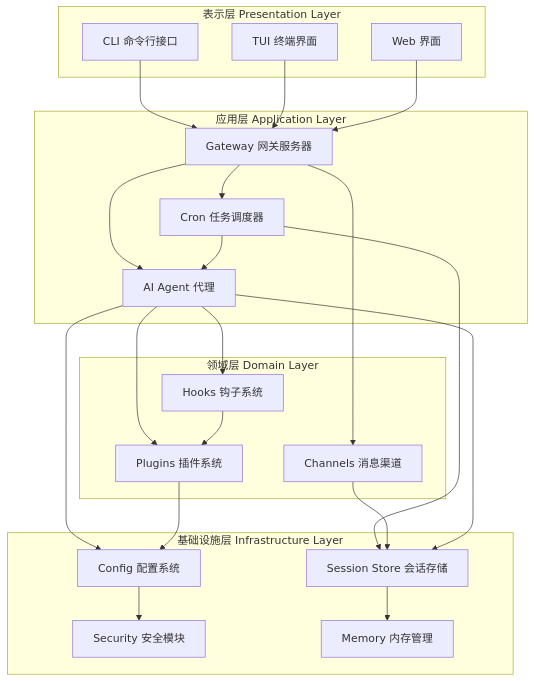
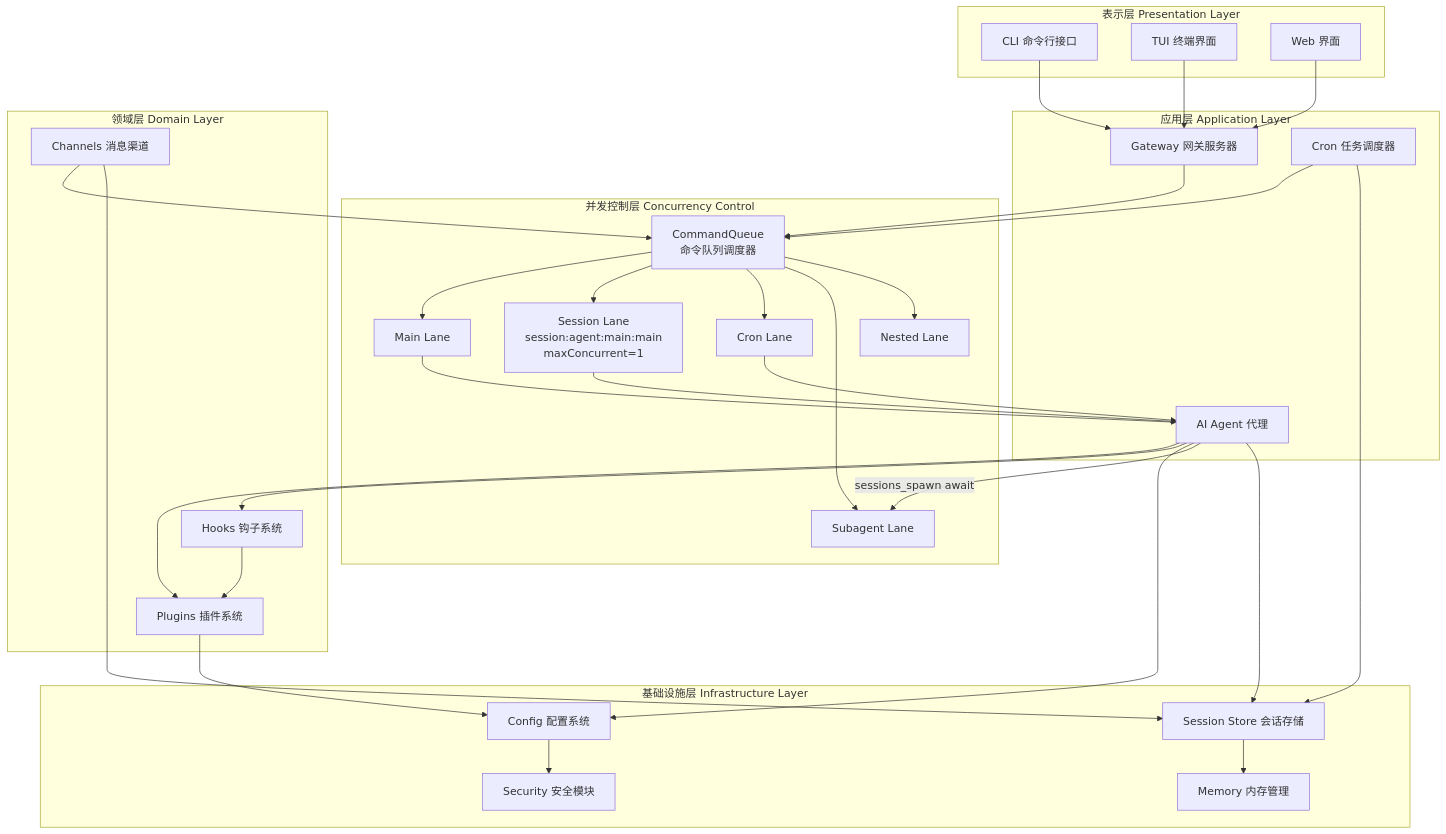
Before and after one commit to winfyliu/openclaw: the first of 17 diagrams in docs/ARCHITECTURE.md, drawn with Mermaid. The commit also changed other lines of this file and 12 other files, not shown here.

````diff
--- a/docs/ARCHITECTURE.md
+++ b/docs/ARCHITECTURE.md
@@ -447,51 +524,71 @@
 ```mermaid
 graph TB
     subgraph "表示层 Presentation Layer"
         CLI[CLI 命令行接口]
         TUI[TUI 终端界面]
         WEB[Web 界面]
     end
     
     subgraph "应用层 Application Layer"
         GW[Gateway 网关服务器]
         AGENT[AI Agent 代理]
         CRON[Cron 任务调度器]
+    end
+    
+    subgraph "并发控制层 Concurrency Control"
+        LANE_MAIN[Main Lane]
+        LANE_SESSION[Session Lane<br/>session:agent:main:main<br/>maxConcurrent=1]
+        LANE_CRON[Cron Lane]
+        LANE_SUB[Subagent Lane]
+        LANE_NESTED[Nested Lane]
+        CQ[CommandQueue<br/>命令队列调度器]
     end
     
     subgraph "领域层 Domain Layer"
         CH[Channels 消息渠道]
         PL[Plugins 插件系统]
         HK[Hooks 钩子系统]
     end
     
     subgraph "基础设施层 Infrastructure Layer"
         CFG[Config 配置系统]
         STORE[Session Store 会话存储]
         SEC[Security 安全模块]
         MEM[Memory 内存管理]
     end
     
     CLI --> GW
     TUI --> GW
     WEB --> GW
     
-    GW --> AGENT
-    GW --> CRON
-    GW --> CH
+    GW --> CQ
+    CH --> CQ
+    CRON --> CQ
+    
+    CQ --> LANE_MAIN
+    CQ --> LANE_SESSION
+    CQ --> LANE_CRON
+    CQ --> LANE_SUB
+    CQ --> LANE_NESTED
+    
+    LANE_SESSION --> AGENT
+    LANE_CRON --> AGENT
+    LANE_MAIN --> AGENT
     
     AGENT --> PL
     AGENT --> HK
     AGENT --> CFG
     
-    CRON --> AGENT
+    AGENT -->|sessions_spawn await| LANE_SUB
+    
     CRON --> STORE
     
     PL --> CFG
     HK --> PL
     
     CH --> STORE
     AGENT --> STORE
     
     CFG --> SEC
     STORE --> MEM
 ```
````
